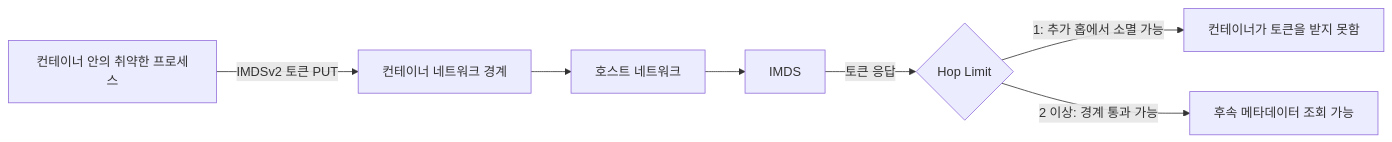
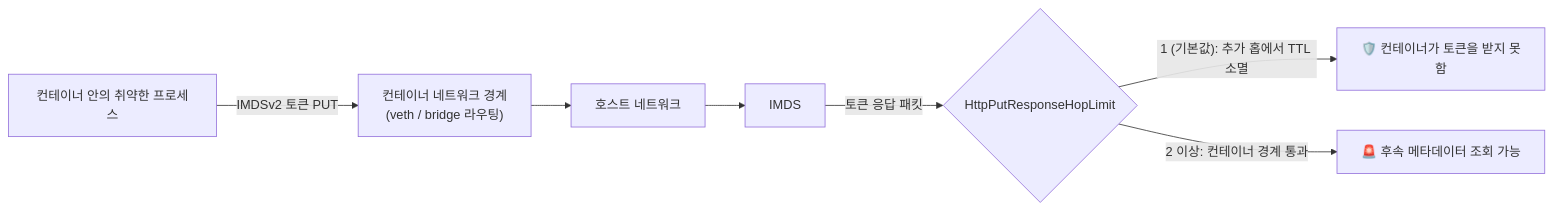
Before and after one commit to gooyong-sec/gooyong-sec.github.io: the second of 3 diagrams in content/클라우드인프라/클라우드 인프라 진단 — IMDS SSRF로 자격증명 탈취.md, drawn with Mermaid. The commit also changed other lines of this file and 68 other files, not shown here.

````diff
--- a/content/클라우드인프라/클라우드 인프라 진단 — IMDS SSRF로 자격증명 탈취.md
+++ b/content/클라우드인프라/클라우드 인프라 진단 — IMDS SSRF로 자격증명 탈취.md
@@ -34,9 +80,9 @@
 ```mermaid
 flowchart LR
-    A["컨테이너 안의 취약한 프로세스"] -->|"IMDSv2 토큰 PUT"| B["컨테이너 네트워크 경계"]
+    A["컨테이너 안의 취약한 프로세스"] -->|"IMDSv2 토큰 PUT"| B["컨테이너 네트워크 경계<br/>(veth / bridge 라우팅)"]
     B --> C["호스트 네트워크"]
     C --> D["IMDS"]
-    D -->|"토큰 응답"| E{"Hop Limit"}
-    E -->|"1: 추가 홉에서 소멸 가능"| F["컨테이너가 토큰을 받지 못함"]
-    E -->|"2 이상: 경계 통과 가능"| G["후속 메타데이터 조회 가능"]
+    D -->|"토큰 응답 패킷"| E{"HttpPutResponseHopLimit"}
+    E -->|"1 (기본값): 추가 홉에서 TTL 소멸"| F["🛡️ 컨테이너가 토큰을 받지 못함"]
+    E -->|"2 이상: 컨테이너 경계 통과"| G["🚨 후속 메타데이터 조회 가능"]
 ```
````
